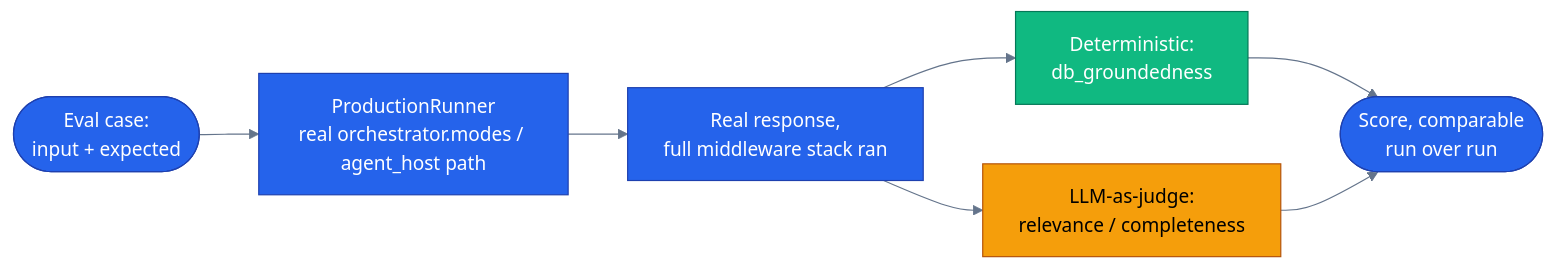
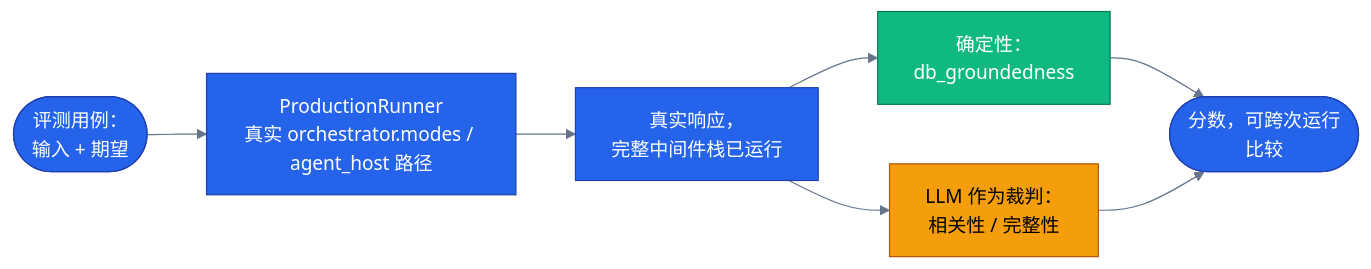
The diagram in docs/concepts/12-evaluation.md (s1encisi/reliable-commerce-agents), drawn with Mermaid before and after one commit. The commit also changed other lines of this file and 1033 other files, not shown here.

````diff
--- a/docs/concepts/12-evaluation.md
+++ b/docs/concepts/12-evaluation.md
@@ -66,22 +50,22 @@
 ```mermaid
 %%{init: {'theme':'base', 'themeVariables': {
   'primaryColor': '#2563eb','primaryTextColor': '#ffffff','primaryBorderColor': '#1e40af',
   'lineColor': '#64748b','secondaryColor': '#f59e0b','tertiaryColor': '#10b981',
   'background': 'transparent'}}}%%
 flowchart LR
   classDef core    fill:#2563eb,stroke:#1e40af,color:#ffffff
   classDef success fill:#10b981,stroke:#047857,color:#ffffff
   classDef external fill:#f59e0b,stroke:#b45309,color:#000000
 
-  case(["Eval case:<br/>input + expected"]) --> runner["ProductionRunner<br/>real orchestrator.modes / agent_host path"]
-  runner --> outcome["Real response,<br/>full middleware stack ran"]
-  outcome --> det["Deterministic:<br/>db_groundedness"]
-  outcome --> judge["LLM-as-judge:<br/>relevance / completeness"]
-  det --> score(["Score, comparable<br/>run over run"])
+  case(["评测用例：<br/>输入 + 期望"]) --> runner["ProductionRunner<br/>真实 orchestrator.modes / agent_host 路径"]
+  runner --> outcome["真实响应，<br/>完整中间件栈已运行"]
+  outcome --> det["确定性：<br/>db_groundedness"]
+  outcome --> judge["LLM 作为裁判：<br/>相关性 / 完整性"]
+  det --> score(["分数，可跨次运行<br/>比较"])
   judge --> score
 
   class case core
   class runner,outcome core
   class det success
   class judge external
 ```
````
